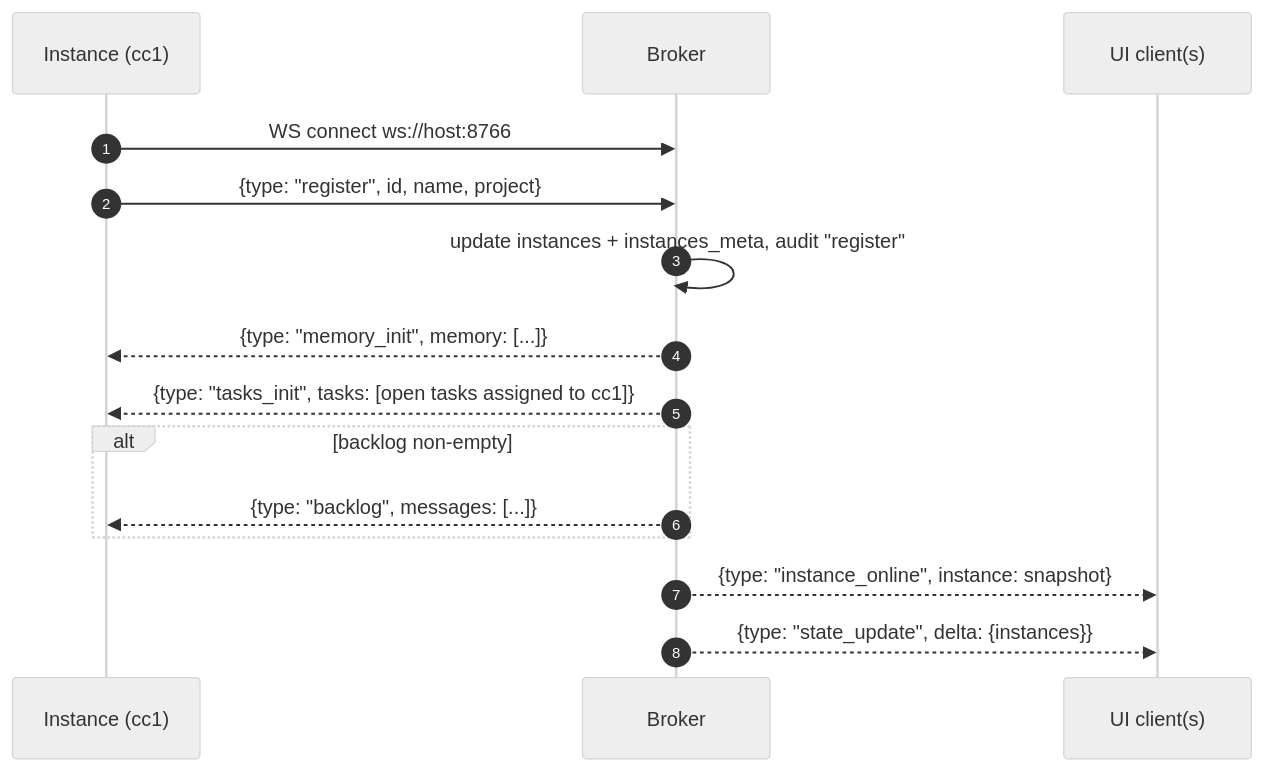
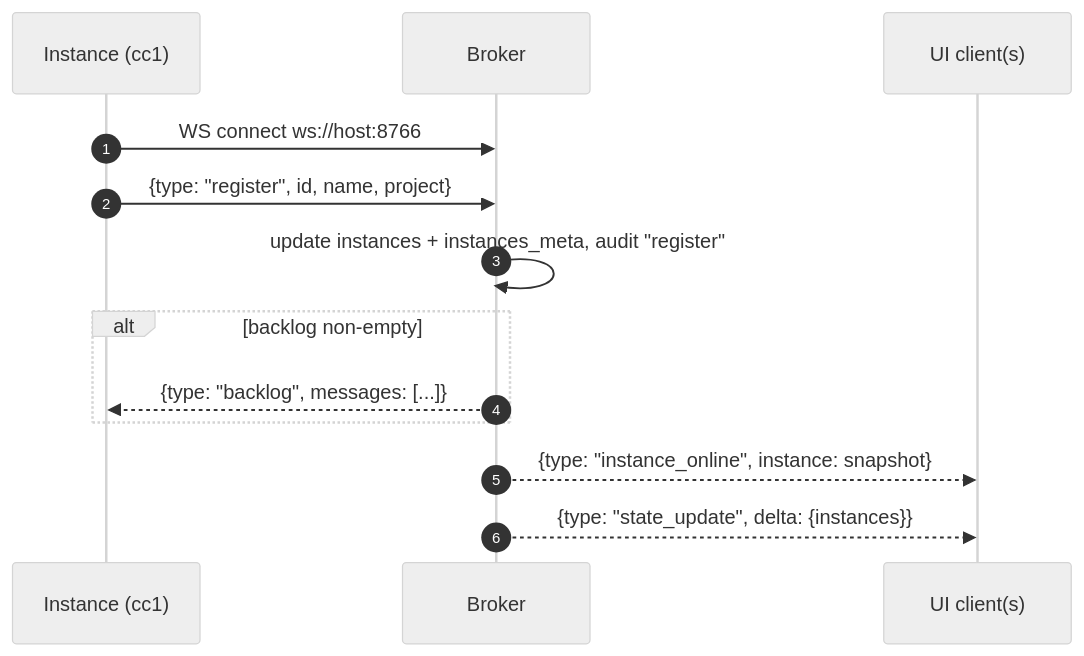
The first of 3 diagrams in docs/architecture.md (ethan5thgrade-alt/Claude-communication), drawn with Mermaid (neutral theme) before and after one commit. The commit also changed other lines of this file and 106 other files, not shown here.

````diff
--- a/docs/architecture.md
+++ b/docs/architecture.md
@@ -68,18 +66,16 @@
 ```mermaid
 sequenceDiagram
     autonumber
     participant CC as Instance (cc1)
     participant B as Broker
     participant UI as UI client(s)
 
     CC->>B: WS connect ws://host:8766
     CC->>B: {type: "register", id, name, project}
     B->>B: update instances + instances_meta, audit "register"
-    B-->>CC: {type: "memory_init", memory: [...]}
-    B-->>CC: {type: "tasks_init", tasks: [open tasks assigned to cc1]}
     alt backlog non-empty
         B-->>CC: {type: "backlog", messages: [...]}
     end
     B-->>UI: {type: "instance_online", instance: snapshot}
     B-->>UI: {type: "state_update", delta: {instances}}
 ```
````
